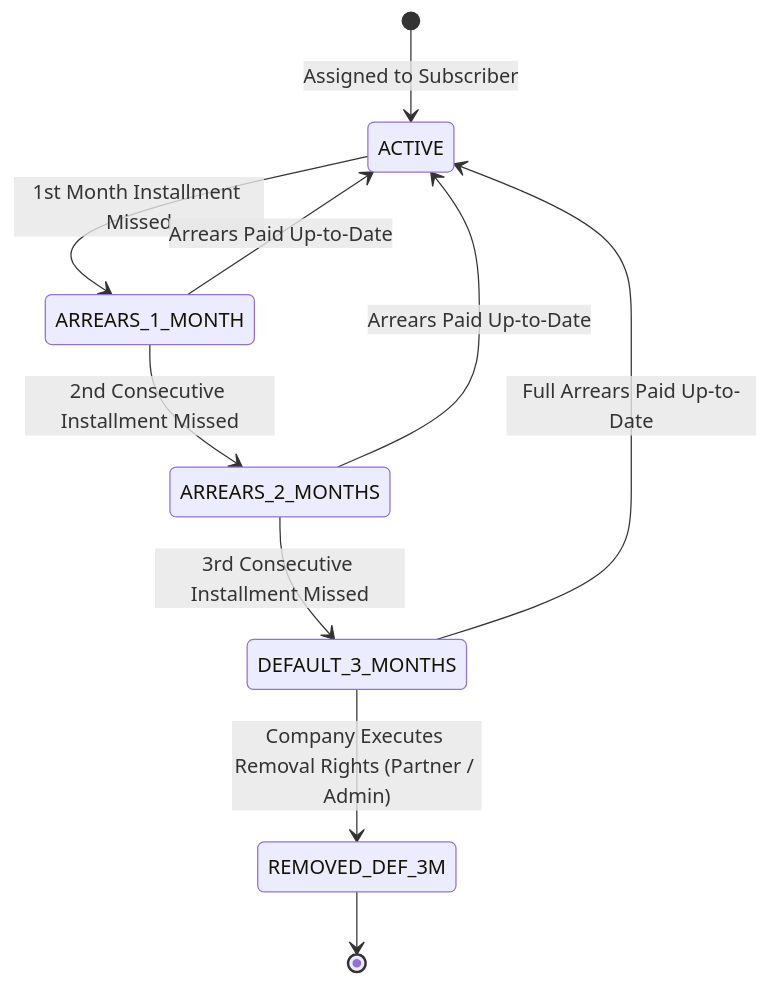
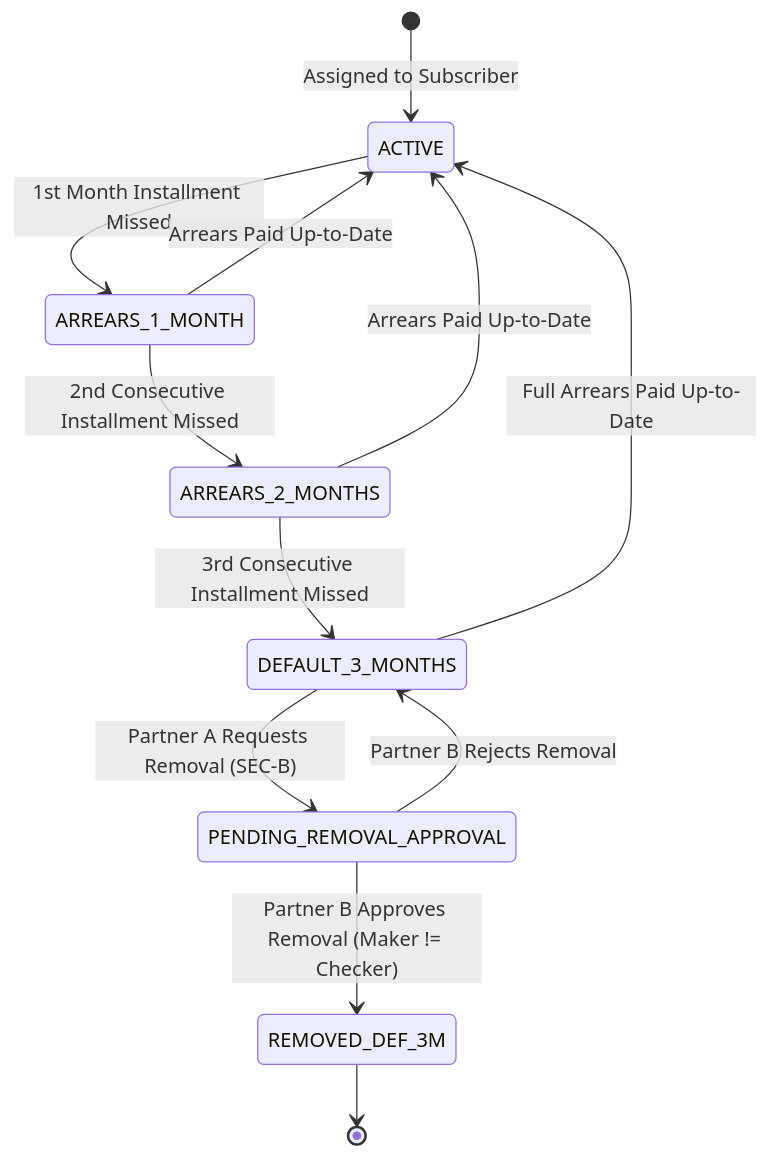
One commit to Kathir-24/Kumaran-finance changed the sixth of 6 diagrams in docs/03-architecture/state-machines.md. Above: the diagram before and after it, drawn with Mermaid. The commit also changed other lines of this file and 44 other files, not shown here.

````diff
--- a/docs/03-architecture/state-machines.md
+++ b/docs/03-architecture/state-machines.md
@@ -177,12 +177,14 @@
 ```mermaid
 stateDiagram-v2
     [*] --> ACTIVE : Assigned to Subscriber
     ACTIVE --> ARREARS_1_MONTH : 1st Month Installment Missed
     ARREARS_1_MONTH --> ACTIVE : Arrears Paid Up-to-Date
     ARREARS_1_MONTH --> ARREARS_2_MONTHS : 2nd Consecutive Installment Missed
     ARREARS_2_MONTHS --> ACTIVE : Arrears Paid Up-to-Date
     ARREARS_2_MONTHS --> DEFAULT_3_MONTHS : 3rd Consecutive Installment Missed
     DEFAULT_3_MONTHS --> ACTIVE : Full Arrears Paid Up-to-Date
-    DEFAULT_3_MONTHS --> REMOVED_DEF_3M : Company Executes Removal Rights (Partner / Admin)
+    DEFAULT_3_MONTHS --> PENDING_REMOVAL_APPROVAL : Partner A Requests Removal (SEC-B)
+    PENDING_REMOVAL_APPROVAL --> DEFAULT_3_MONTHS : Partner B Rejects Removal
+    PENDING_REMOVAL_APPROVAL --> REMOVED_DEF_3M : Partner B Approves Removal (Maker != Checker)
     REMOVED_DEF_3M --> [*]
 ```
````
